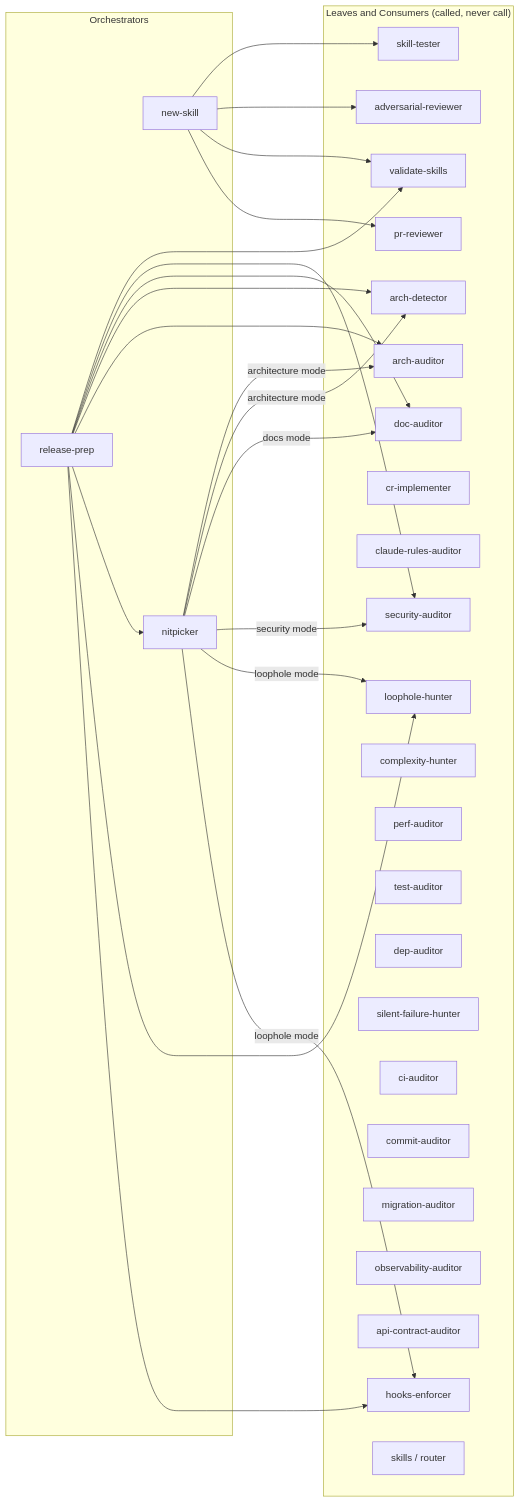
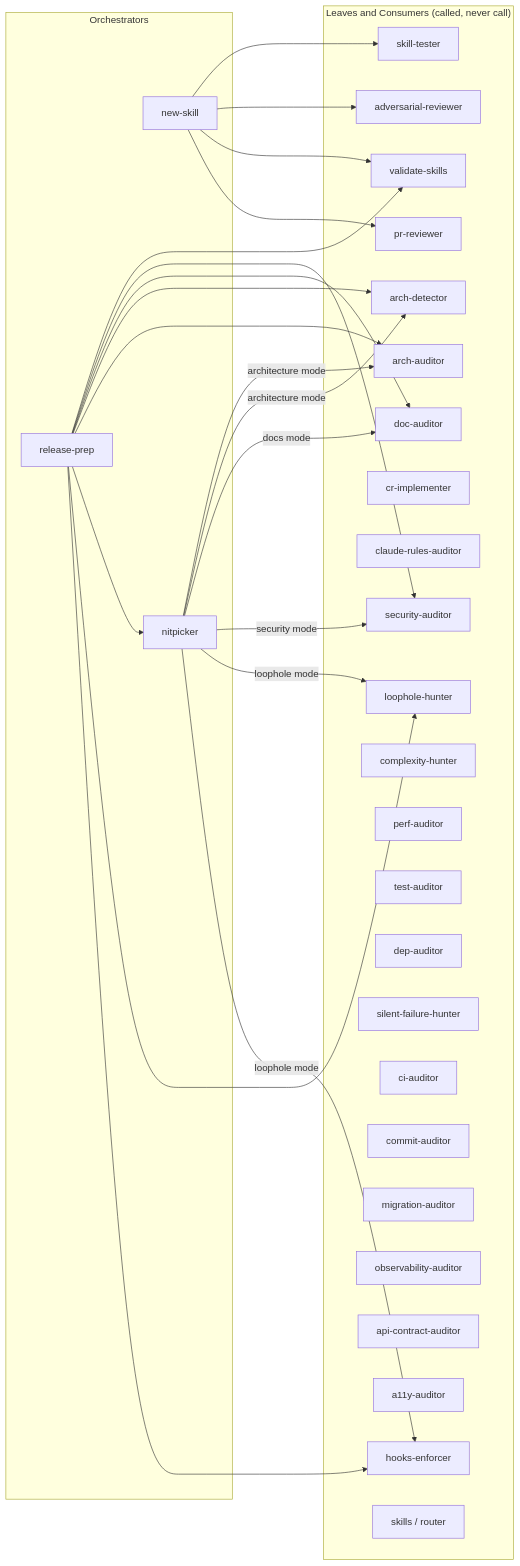
Before and after one commit to ivuorinen/skills: the sixth of 6 diagrams in .claude/skills/README.md, drawn with Mermaid. The commit also changed other lines of this file and 6 other files, not shown here.

````diff
--- a/.claude/skills/README.md
+++ b/.claude/skills/README.md
@@ -354,55 +362,56 @@
 ```mermaid
 graph LR
     subgraph orchestrators["Orchestrators"]
         NS[new-skill]
         RP[release-prep]
         NP[nitpicker]
     end
 
     subgraph leaves["Leaves and Consumers (called, never call)"]
         AR[adversarial-reviewer]
         VS[validate-skills]
         AD[arch-detector]
         AA[arch-auditor]
         DA[doc-auditor]
         PR[pr-reviewer]
         SA[security-auditor]
         CRI[cr-implementer]
         CRA[claude-rules-auditor]
         LH[loophole-hunter]
         HE[hooks-enforcer]
         CH[complexity-hunter]
         PA[perf-auditor]
         TA[test-auditor]
         DEP[dep-auditor]
         SFH[silent-failure-hunter]
         CIA[ci-auditor]
         CMA[commit-auditor]
         MA[migration-auditor]
         OBA[observability-auditor]
         ACA[api-contract-auditor]
+        AY[a11y-auditor]
         ST[skill-tester]
         SK[skills / router]
     end
 
     NS --> ST
     NS --> AR
     NS --> VS
     NS --> PR
 
     RP --> VS
     RP --> SA
     RP --> DA
     RP --> AD
     RP --> AA
     RP --> NP
     RP --> LH
     RP --> HE
 
     NP -->|architecture mode| AA
     NP -->|architecture mode| AD
     NP -->|docs mode| DA
     NP -->|security mode| SA
     NP -->|loophole mode| LH
     NP -->|loophole mode| HE
 ```
````
